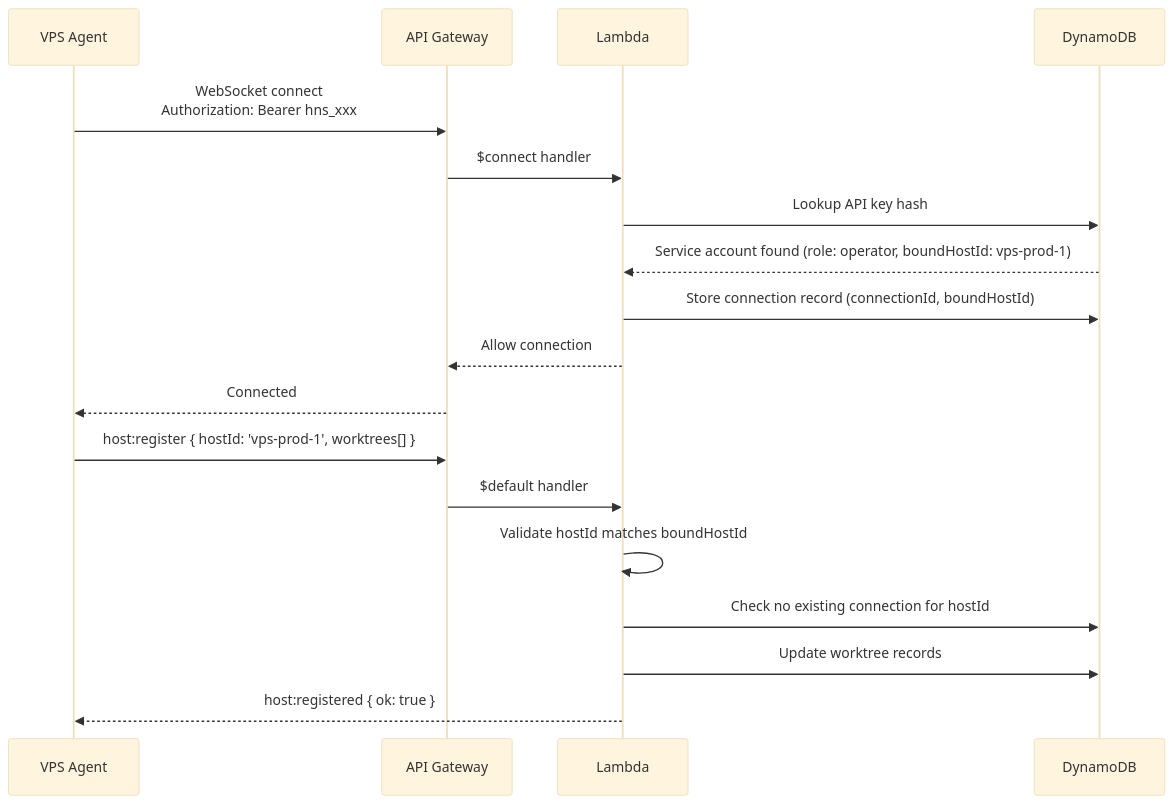
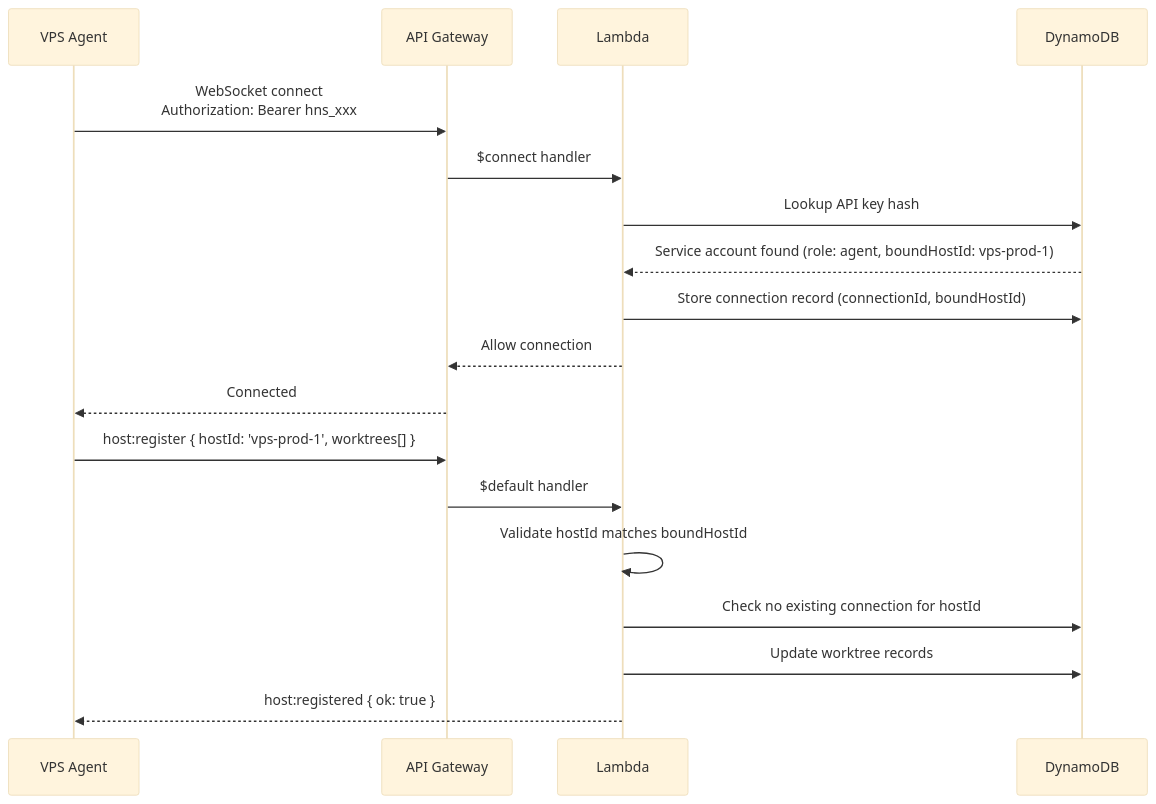
Before and after one commit to jonathanong/auto-harness: the second of 2 diagrams in docs/auth.md, drawn with Mermaid (base theme). The commit also changed other lines of this file and 81 other files, not shown here.

````diff
--- a/docs/auth.md
+++ b/docs/auth.md
@@ -256,21 +253,21 @@
 ```mermaid
 sequenceDiagram
     participant Agent as VPS Agent
     participant APIGW as API Gateway
     participant Lambda
     participant DDB as DynamoDB
 
     Agent->>APIGW: WebSocket connect<br/>Authorization: Bearer hns_xxx
     APIGW->>Lambda: $connect handler
     Lambda->>DDB: Lookup API key hash
-    DDB-->>Lambda: Service account found (role: operator, boundHostId: vps-prod-1)
+    DDB-->>Lambda: Service account found (role: agent, boundHostId: vps-prod-1)
     Lambda->>DDB: Store connection record (connectionId, boundHostId)
     Lambda-->>APIGW: Allow connection
     APIGW-->>Agent: Connected
     Agent->>APIGW: host:register { hostId: 'vps-prod-1', worktrees[] }
     APIGW->>Lambda: $default handler
     Lambda->>Lambda: Validate hostId matches boundHostId
     Lambda->>DDB: Check no existing connection for hostId
     Lambda->>DDB: Update worktree records
     Lambda-->>Agent: host:registered { ok: true }
 ```
````
